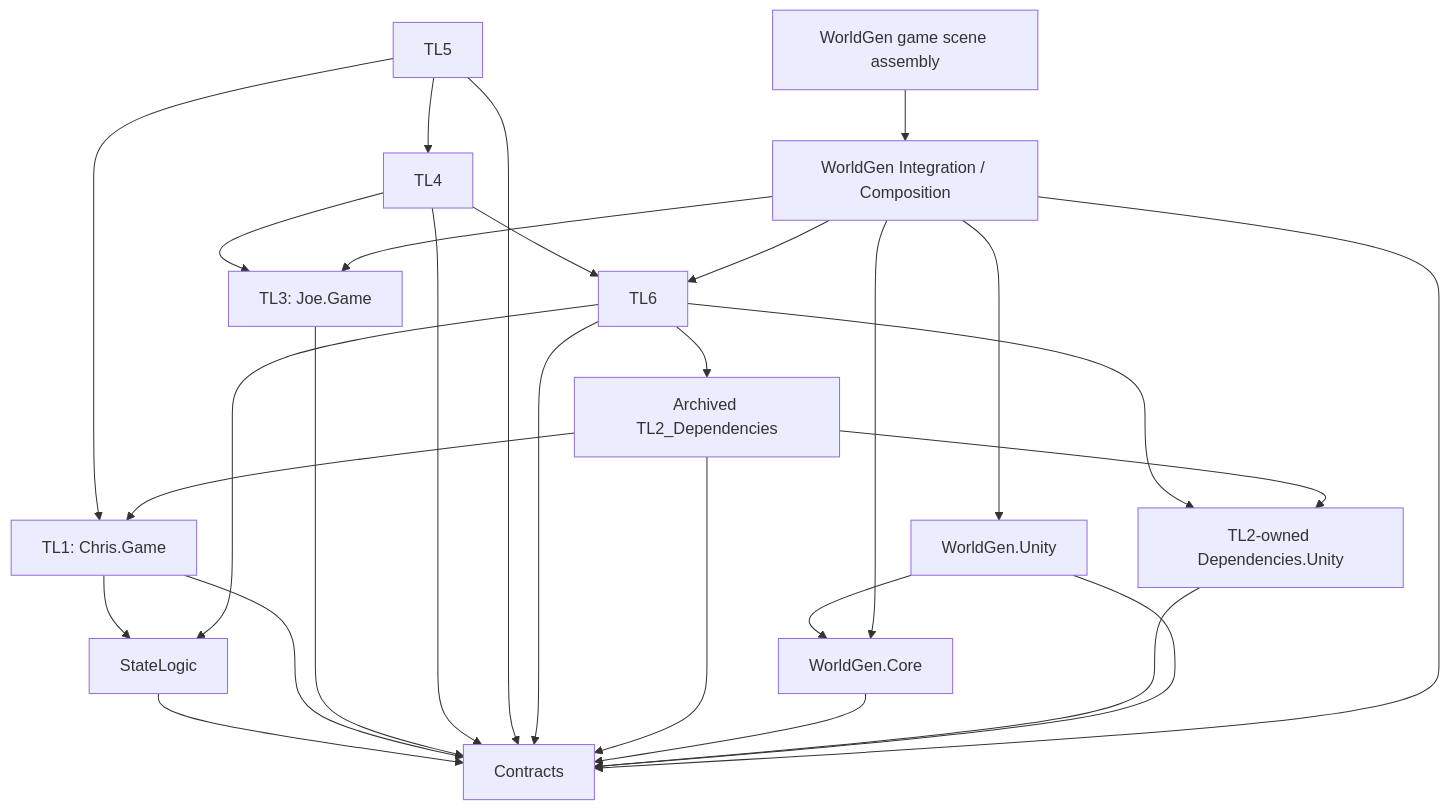
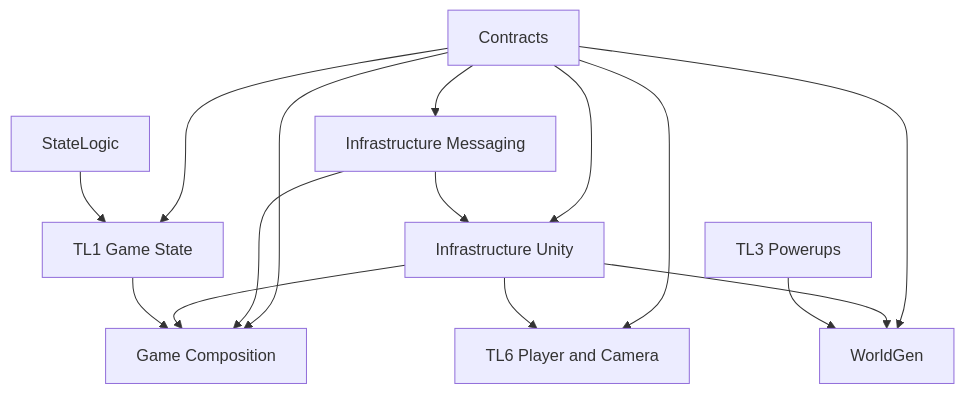
One commit to CS3383-TeamCDA/CS3383_TeamCDA changed the first of 2 diagrams in docs/TL2_Caleb/M9_Dependency_Review.md. Above: the diagram before and after it, drawn with Mermaid. The commit also changed other lines of this file and 209 other files, not shown here.

````diff
--- a/docs/TL2_Caleb/M9_Dependency_Review.md
+++ b/docs/TL2_Caleb/M9_Dependency_Review.md
@@ -84,44 +10,26 @@
 ```mermaid
 flowchart TD
     Contracts[Contracts]
-    Dependencies[TL2-owned Dependencies.Unity]
-    StateLogic[StateLogic]
-    TL1[TL1: Chris.Game]
-    TL3[TL3: Joe.Game]
-    TL4[TL4]
-    TL5[TL5]
-    TL6[TL6]
-    Legacy[Archived TL2_Dependencies]
-    Core[WorldGen.Core]
-    Unity[WorldGen.Unity]
-    Integration[WorldGen Integration / Composition]
-    Game[WorldGen game scene assembly]
-
-    StateLogic --> Contracts
-    TL1 --> Contracts
-    TL1 --> StateLogic
-    TL3 --> Contracts
-    TL4 --> Contracts
-    TL4 --> TL3
-    TL4 --> TL6
-    TL5 --> Contracts
-    TL5 --> TL1
-    TL5 --> TL4
-    TL6 --> Contracts
-    TL6 --> Dependencies
-    TL6 --> StateLogic
-    TL6 --> Legacy
-    Legacy --> Dependencies
-    Legacy --> Contracts
-    Legacy --> TL1
-    Core --> Contracts
-    Dependencies --> Contracts
-    Unity --> Contracts
-    Unity --> Core
-    Integration --> Contracts
-    Integration --> Core
-    Integration --> Unity
-    Integration --> TL3
-    Integration --> TL6
-    Game --> Integration
+    Messaging[Infrastructure Messaging]
+    UnityInfra[Infrastructure Unity]
+    Composition[Game Composition]
+    WorldGen[WorldGen]
+    TL1[TL1 Game State]
+    TL6[TL6 Player and Camera]
+    TL3[TL3 Powerups]
+    State[StateLogic]
+    Contracts --> Messaging
+    Contracts --> UnityInfra
+    Messaging --> UnityInfra
+    Contracts --> Composition
+    Messaging --> Composition
+    UnityInfra --> Composition
+    TL1 --> Composition
+    Contracts --> TL1
+    State --> TL1
+    Contracts --> TL6
+    UnityInfra --> TL6
+    Contracts --> WorldGen
+    UnityInfra --> WorldGen
+    TL3 --> WorldGen
 ```
````
